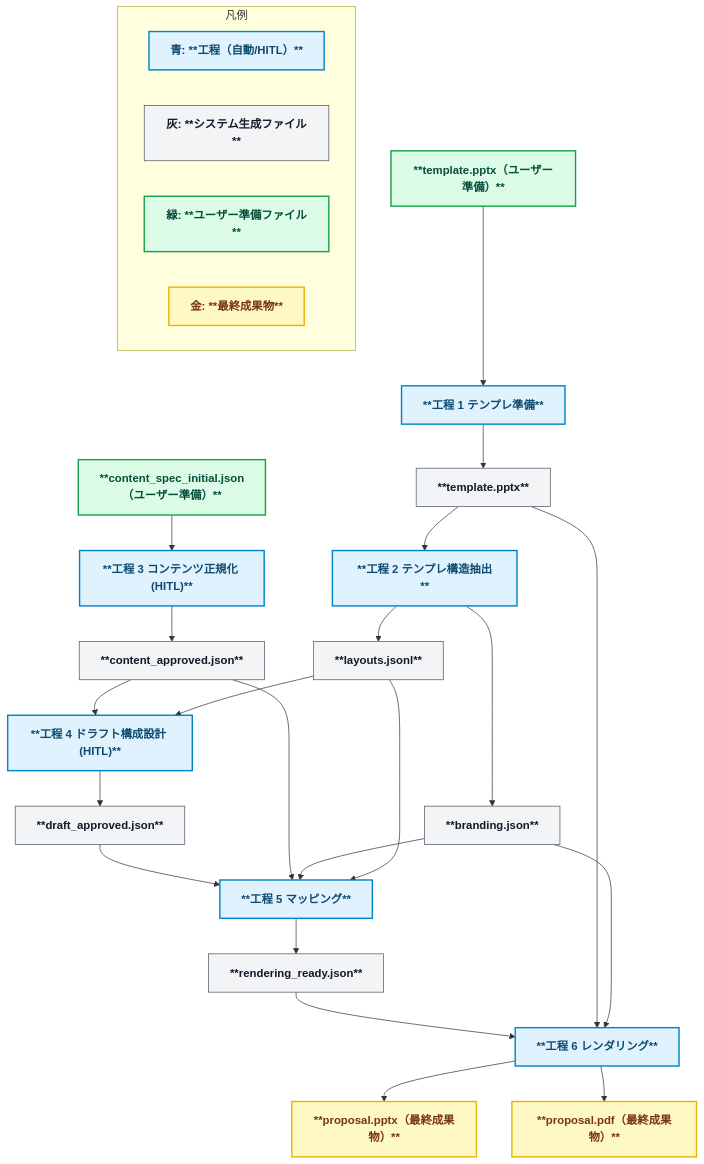
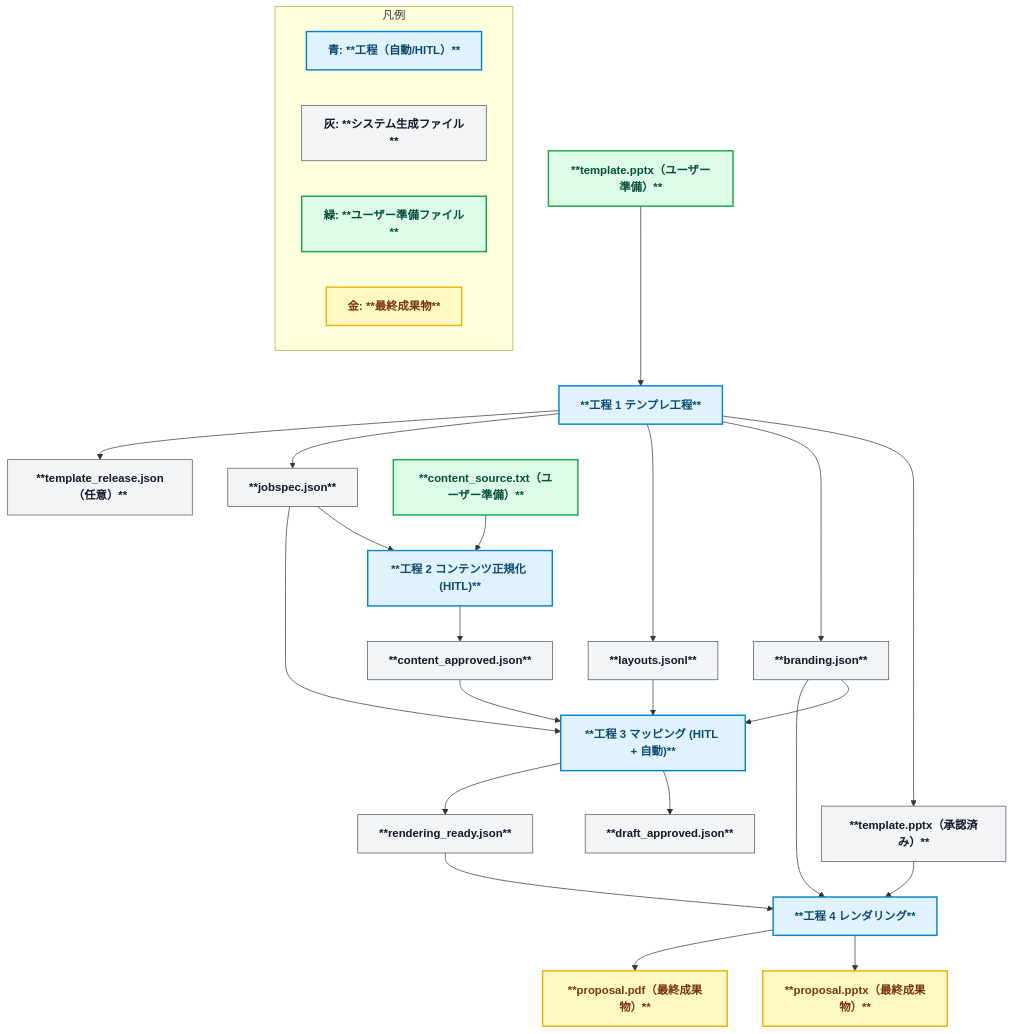
The diagram in README.md (yurake/pptx_generator), drawn with Mermaid before and after one commit. The commit also changed other lines of this file and 24 other files, not shown here.

````diff
--- a/README.md
+++ b/README.md
@@ -30,49 +28,45 @@
 ```mermaid
 flowchart TD
   %% ======= Styles =======
   classDef stage fill:#e0f2fe,stroke:#0284c7,stroke-width:2px,color:#0c4a6e,font-weight:bold;
   classDef file fill:#f3f4f6,stroke:#4b5563,stroke-width:1px,color:#111827,font-weight:bold;
   classDef userfile fill:#dcfce7,stroke:#16a34a,stroke-width:2px,color:#064e3b,font-weight:bold;
   classDef final fill:#fef9c3,stroke:#eab308,stroke-width:2px,color:#78350f,font-weight:bold;
 
   %% ======= Stage 1 =======
-  Tmpl["**template.pptx（ユーザー準備）**"]:::userfile --> S1["**工程 1 テンプレ準備**"]:::stage
-  S1 --> Tmpl_out["**template.pptx**"]:::file
+  Tmpl["**template.pptx（ユーザー準備）**"]:::userfile --> S1["**工程 1 テンプレ工程**"]:::stage
+  S1 --> Tmpl_out["**template.pptx（承認済み）**"]:::file
+  S1 --> Brand["**branding.json**"]:::file
+  S1 --> Layouts["**layouts.jsonl**"]:::file
+  S1 --> Jobspec["**jobspec.json**"]:::file
+  S1 --> ReleaseMeta["**template_release.json（任意）**"]:::file
 
   %% ======= Stage 2 =======
-  Tmpl_out --> S2["**工程 2 テンプレ構造抽出**"]:::stage
-  S2 --> Brand["**branding.json**"]:::file
-  S2 --> Layouts["**layouts.jsonl**"]:::file
+  ContentSrc["**content_source.txt（ユーザー準備）**"]:::userfile --> S2["**工程 2 コンテンツ正規化 (HITL)**"]:::stage
+  Jobspec --> S2
+  S2 --> Content["**content_approved.json**"]:::file
 
   %% ======= Stage 3 =======
-  Spec["**content_spec_initial.json（ユーザー準備）**"]:::userfile --> S3["**工程 3 コンテンツ正規化 (HITL)**"]:::stage
-  S3 --> Content["**content_approved.json**"]:::file
+  Content --> S3["**工程 3 マッピング (HITL + 自動)**"]:::stage
+  Layouts --> S3
+  Brand --> S3
+  Jobspec --> S3
+  S3 --> Draft["**draft_approved.json**"]:::file
+  S3 --> Ready["**rendering_ready.json**"]:::file
 
   %% ======= Stage 4 =======
-  Content --> S4["**工程 4 ドラフト構成設計 (HITL)**"]:::stage
-  Layouts --> S4
-  S4 --> Draft["**draft_approved.json**"]:::file
-
-  %% ======= Stage 5 =======
-  Draft --> S5["**工程 5 マッピング**"]:::stage
-  Content --> S5
-  Brand --> S5
-  Layouts --> S5
-  S5 --> Ready["**rendering_ready.json**"]:::file
-
-  %% ======= Stage 6 =======
-  Ready --> S6["**工程 6 レンダリング**"]:::stage
-  Tmpl_out --> S6
-  Brand --> S6
-  S6 --> PPTX["**proposal.pptx（最終成果物）**"]:::final
-  S6 --> PDF["**proposal.pdf（最終成果物）**"]:::final
+  Ready --> S4["**工程 4 レンダリング**"]:::stage
+  Tmpl_out --> S4
+  Brand --> S4
+  S4 --> PPTX["**proposal.pptx（最終成果物）**"]:::final
+  S4 --> PDF["**proposal.pdf（最終成果物）**"]:::final
 
   %% ======= Legend =======
   subgraph Legend[凡例]
     direction LR
     A1["青: **工程（自動/HITL）**"]:::stage
     A2["灰: **システム生成ファイル**"]:::file
     A3["緑: **ユーザー準備ファイル**"]:::userfile
     A4["金: **最終成果物**"]:::final
   end
 ```
````
